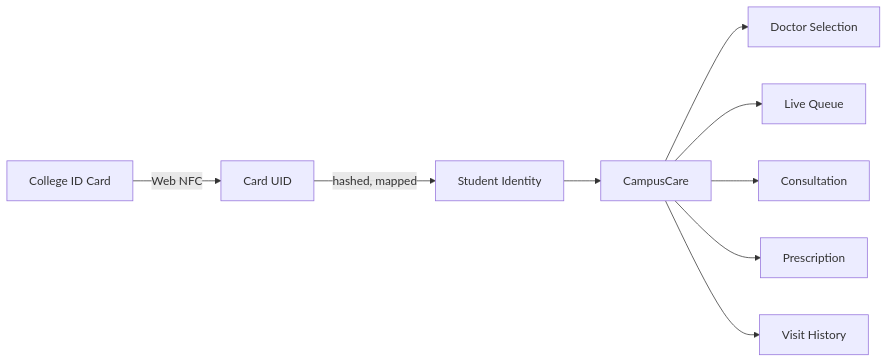
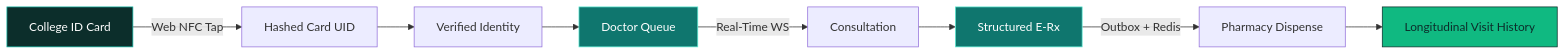
The first of 3 diagrams in README.md (LavdeepSingh23/CampusCare), drawn with Mermaid before and after one commit. The commit also changed other lines of this file, not shown here.

````diff
--- a/README.md
+++ b/README.md
@@ -25,11 +79,15 @@
 ```mermaid
 flowchart LR
-    A[College ID Card] -->|Web NFC| B[Card UID]
-    B -->|hashed, mapped| C[Student Identity]
-    C --> D[CampusCare]
-    D --> E[Doctor Selection]
-    D --> F[Live Queue]
-    D --> G[Consultation]
-    D --> H[Prescription]
-    D --> I[Visit History]
+    A[College ID Card] -->|Web NFC Tap| B[Hashed Card UID]
+    B --> C[Verified Identity]
+    C --> D[Doctor Queue]
+    D -->|Real-Time WS| E[Consultation]
+    E --> F[Structured E-Rx]
+    F -->|Outbox + Redis| G[Pharmacy Dispense]
+    G --> H[Longitudinal Visit History]
+
+    style A fill:#0c2e2b,color:#ffffff,stroke:#14b8a6
+    style D fill:#0f766e,color:#ffffff,stroke:#5eead4
+    style F fill:#0f766e,color:#ffffff,stroke:#5eead4
+    style H fill:#10b981,color:#0c2e2b,stroke:#0c2e2b
 ```
````
